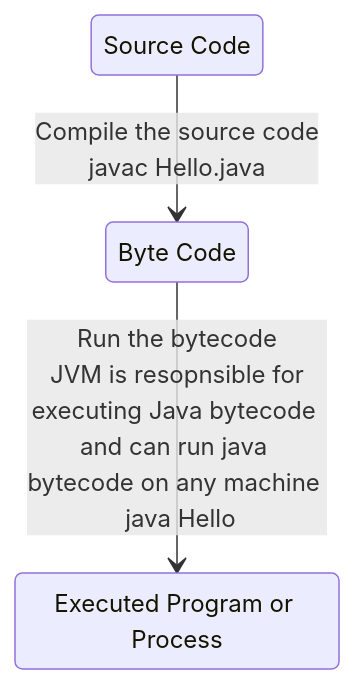
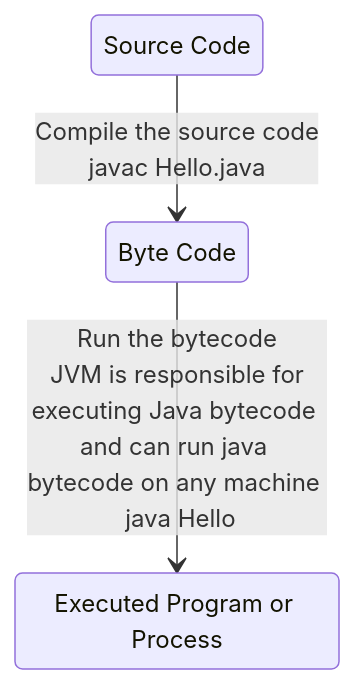
Before and after one commit to shubhamharitash/interviewPrep2022: the first of 2 diagrams in javaBasics/docs/Ch1.md, drawn with Mermaid. The commit also changed 37 other files, not shown here.

````diff
--- a/javaBasics/docs/Ch1.md
+++ b/javaBasics/docs/Ch1.md
@@ -4,8 +4,8 @@
 ```mermaid
 stateDiagram
     state "Source Code" as s1
     state "Byte Code" as s2
     state "Executed Program or Process" as s3
     s1 --> s2: Compile the source code<br> javac Hello.java
-    s2 --> s3: Run the bytecode<br> JVM is resopnsible for executing Java bytecode <br>and can run java bytecode on any machine <br> java Hello
+    s2 --> s3: Run the bytecode<br> JVM is responsible for executing Java bytecode <br>and can run java bytecode on any machine <br> java Hello
 ```
````
